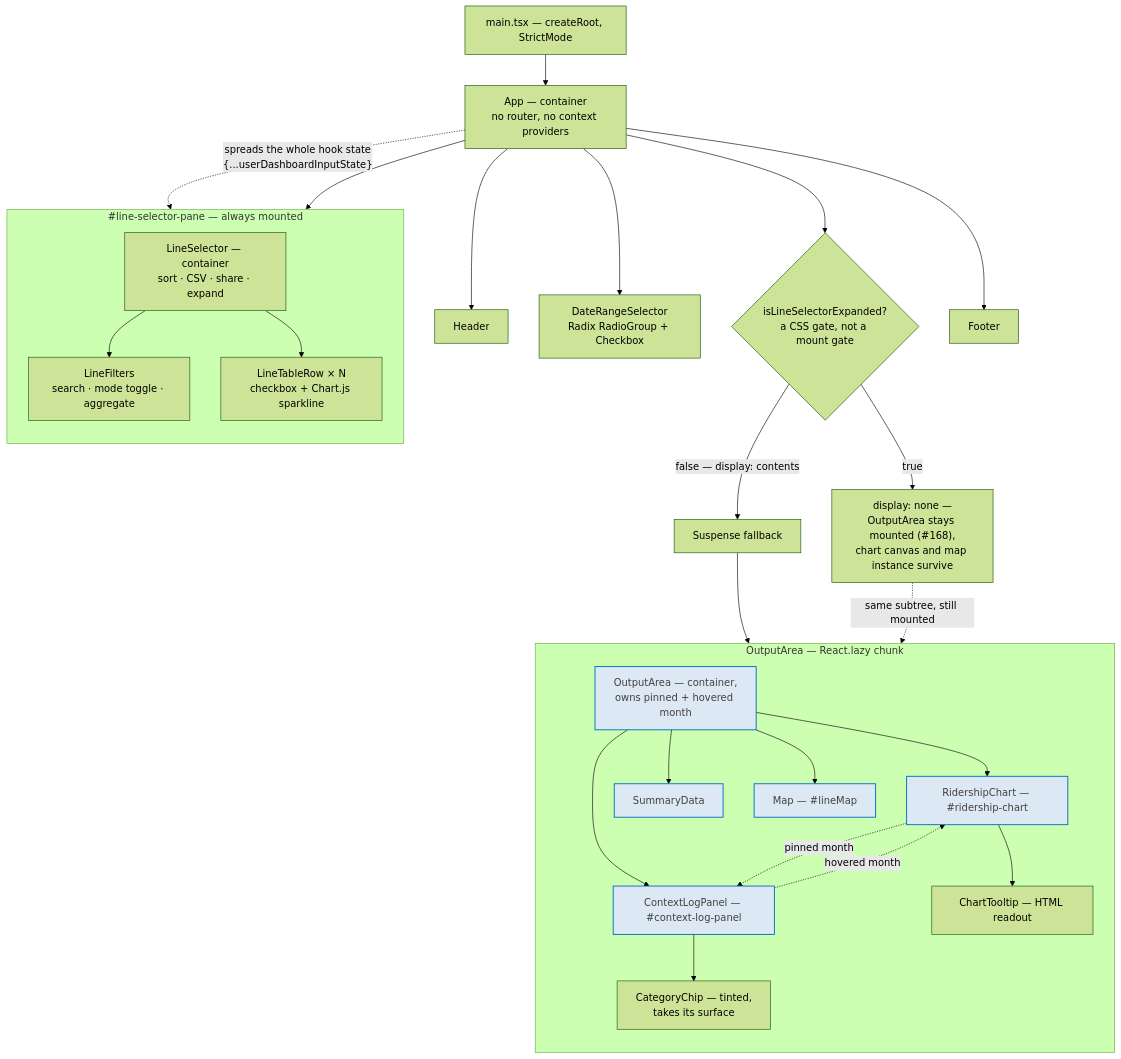
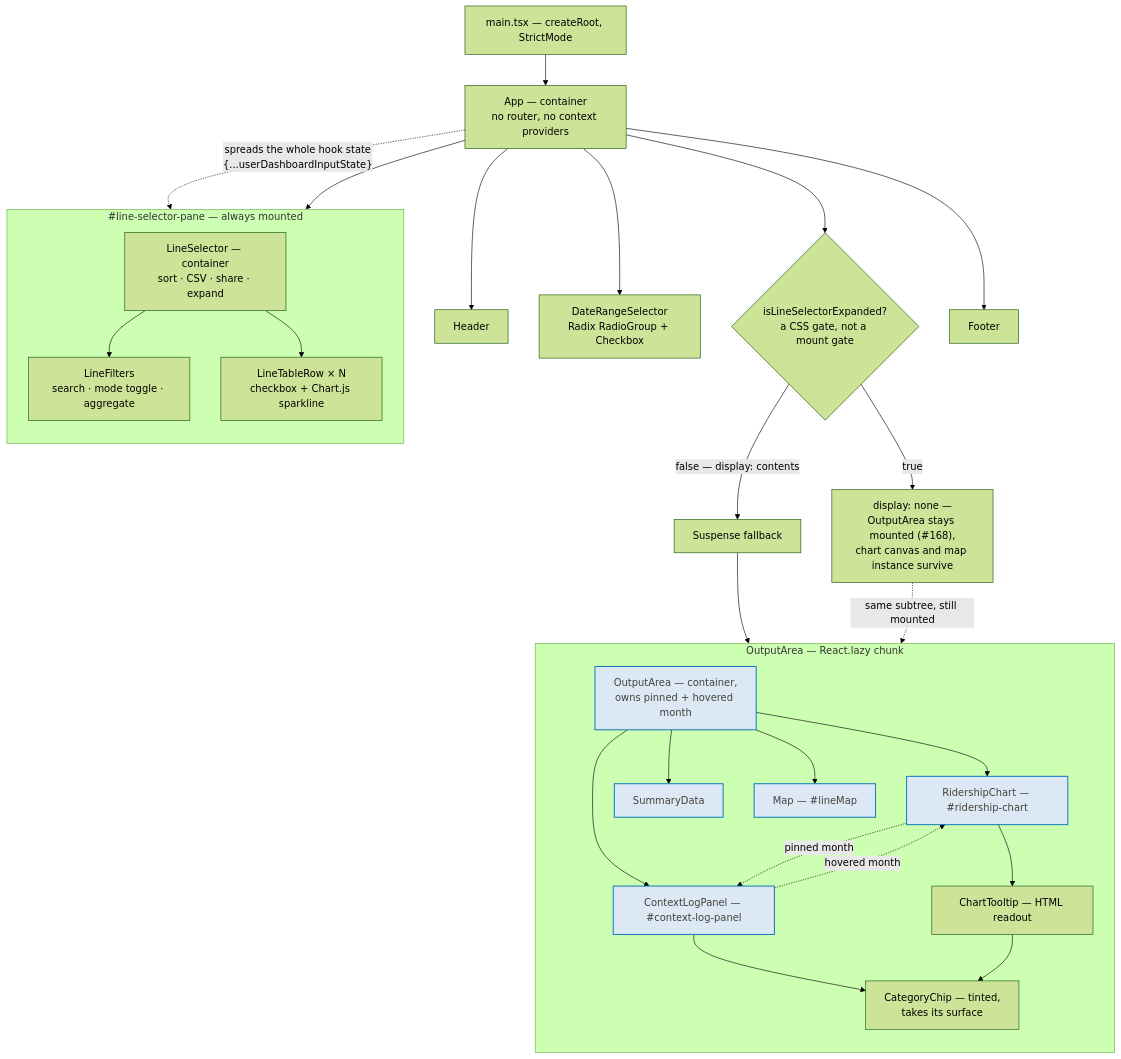
Before and after one commit to streetsforall/metro_ridership_app: the diagram in docs/architecture/mermaid/07-component-tree.mmd, drawn with Mermaid (forest theme). The commit also changed 7 other files, not shown here.

```diff
--- a/docs/architecture/mermaid/07-component-tree.mmd
+++ b/docs/architecture/mermaid/07-component-tree.mmd
@@ -1,54 +1,55 @@
 flowchart TB
   main["main.tsx — createRoot, StrictMode"]
   app["App — container<br/>no router, no context providers"]
   header["Header"]
   drs["DateRangeSelector<br/>Radix RadioGroup + Checkbox"]
 
   subgraph leftPane["#line-selector-pane — always mounted"]
     direction TB
     ls["LineSelector — container<br/>sort · CSV · share · expand"]
     lf["LineFilters<br/>search · mode toggle · aggregate"]
     ltr["LineTableRow × N<br/>checkbox + Chart.js sparkline"]
     ls --> lf
     ls --> ltr
   end
 
   gate{"isLineSelectorExpanded?<br/>a CSS gate, not a mount gate"}
   hidden["display: none —<br/>OutputArea stays mounted (#168),<br/>chart canvas and map instance survive"]
   susp["Suspense fallback"]
 
   subgraph rightPane["OutputArea — React.lazy chunk"]
     direction TB
     oa["OutputArea — container,<br/>owns pinned + hovered month"]
     chart["RidershipChart — #ridership-chart"]
     tooltip["ChartTooltip — HTML readout"]
     summary["SummaryData"]
     ctxlog["ContextLogPanel — #context-log-panel"]
     mapCmp["Map — #lineMap"]
     chip["CategoryChip — tinted,<br/>takes its surface"]
     oa --> chart
     oa --> summary
     oa --> ctxlog
     oa --> mapCmp
     chart --> tooltip
     ctxlog --> chip
+    tooltip --> chip
     chart -. "pinned month" .-> ctxlog
     ctxlog -. "hovered month" .-> chart
   end
 
   footer["Footer"]
 
   main --> app
   app --> header
   app --> drs
   app --> leftPane
   app --> gate
   gate -- "true" --> hidden
   gate -- "false — display: contents" --> susp --> oa
   hidden -. "same subtree, still mounted" .-> oa
   app --> footer
 
   app -. "spreads the whole hook state<br/>{...userDashboardInputState}" .-> ls
 
   classDef structural fill:#dce9f4,stroke:#0072bc,stroke-width:1.5px,color:#44403c
   class oa,chart,summary,ctxlog,mapCmp structural
```
